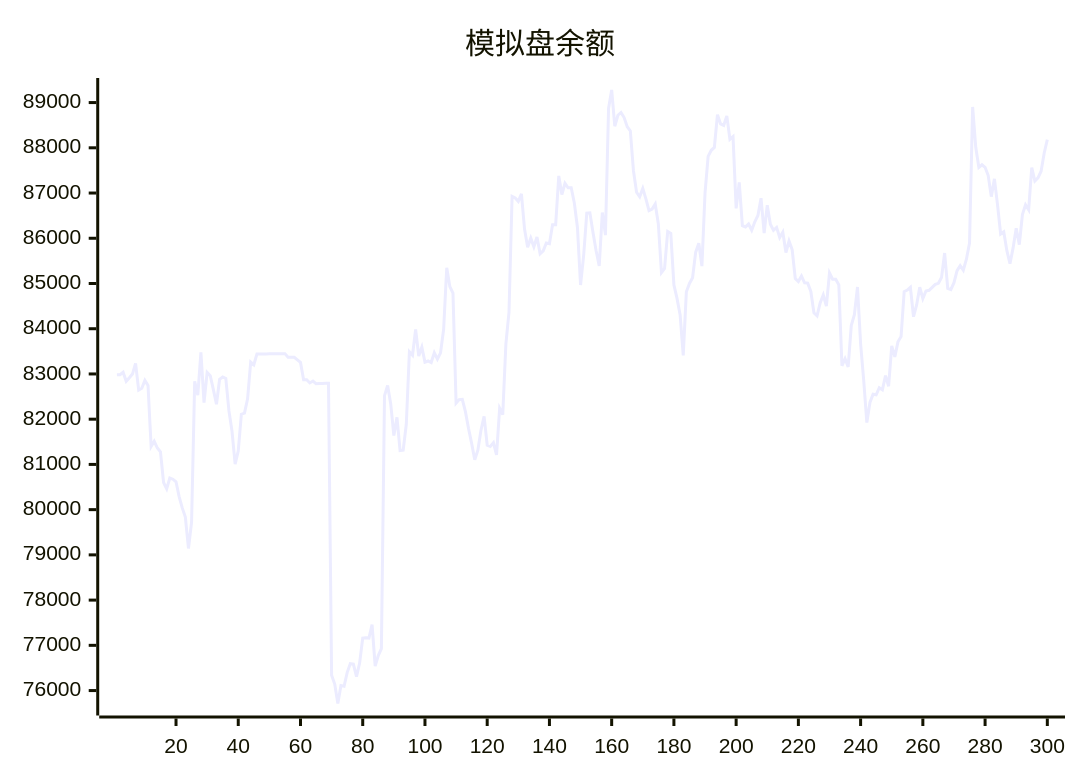
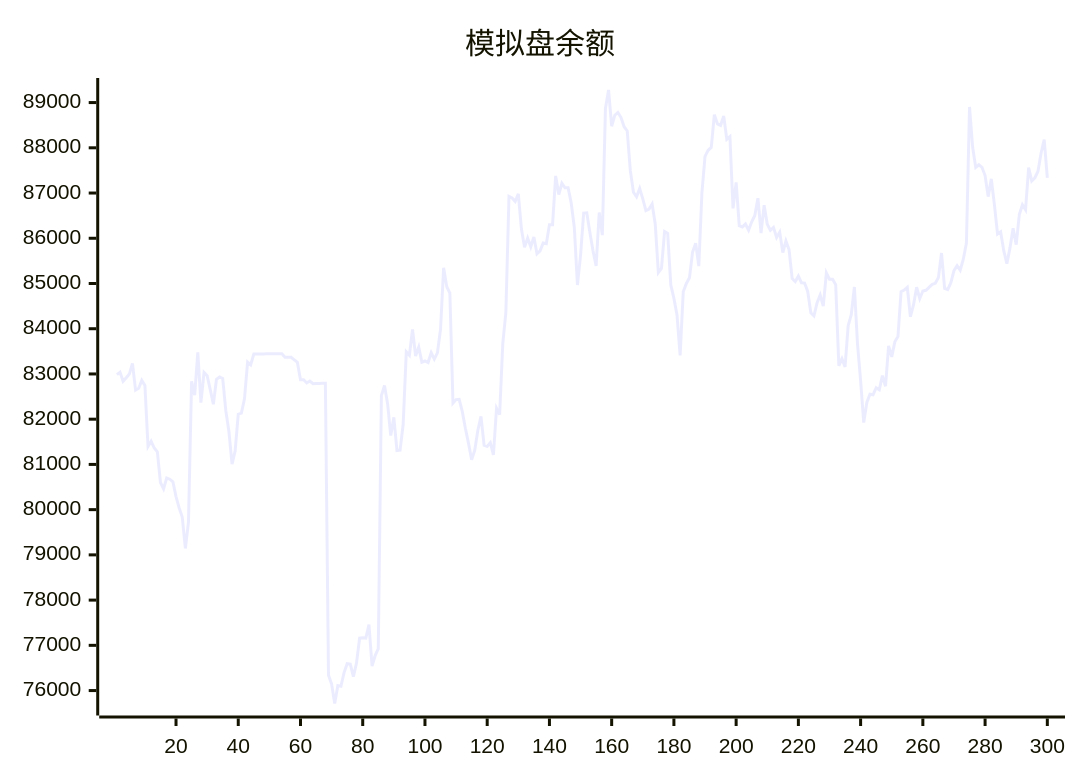
One commit to aahl/ai-trading changed the diagram in README.md. Above: the diagram before and after it, drawn with Mermaid. The commit also changed other lines of this file and 1 other file, not shown here.

````diff
--- a/README.md
+++ b/README.md
@@ -5,5 +5,5 @@
 ```mermaid
 xychart
     title "模拟盘余额"
-    line [82983,82984,83038,82838,82915,82998,83235,82642,82682,82858,82746,81396,81512,81362,81277,80600,80461,80699,80673,80616,80288,80038,79836,79142,79722,82837,82533,83480,82366,83032,82960,82654,82330,82883,82934,82901,82188,81728,81005,81298,82110,82135,82449,83264,83203,83440,83439,83440,83440,83446,83447,83448,83447,83448,83449,83369,83369,83369,83313,83256,82872,82873,82801,82844,82785,82791,82791,82793,82794,76339,76145,75714,76110,76096,76397,76594,76585,76310,76607,77160,77170,77160,77456,76541,76774,76927,82520,82744,82337,81639,82040,81307,81314,81887,83490,83414,83984,83396,83594,83261,83287,83253,83470,83327,83465,83987,85348,84930,84786,82355,82433,82438,82167,81795,81466,81105,81315,81756,82064,81426,81398,81481,81210,82242,82099,83658,84359,86925,86892,86814,86980,86203,85802,86003,85811,86028,85657,85721,85896,85880,86300,86299,87378,86965,87214,87115,87118,86780,86238,84966,85623,86555,86562,86129,85722,85387,86569,86070,88870,89278,88477,88720,88781,88668,88467,88372,87493,87018,86917,87102,86870,86613,86644,86758,86317,85242,85334,86149,86106,84968,84671,84302,83410,84816,85001,85127,85693,85891,85384,87001,87811,87945,88007,88734,88528,88495,88705,88189,88248,86662,87234,86279,86251,86314,86177,86364,86503,86886,86114,86731,86310,86176,86240,86017,86136,85685,85938,85749,85111,85044,85164,85016,85008,84824,84354,84287,84572,84745,84500,85234,85096,85095,84970,83180,83338,83157,84070,84309,84922,83667,82850,81924,82369,82552,82539,82695,82648,82962,82728,83619,83378,83710,83825,84819,84854,84917,84265,84527,84919,84668,84834,84850,84916,84981,85004,85131,85674,84891,84864,85019,85284,85393,85294,85538,85894,88904,88012,87567,87625,87568,87386,86920,87313,86737,86094,86143,85725,85437,85787,86219,85859,86526,86740,86630,87563,87264,87335,87483,87886,88180]
+    line [82984,83038,82838,82915,82998,83235,82642,82682,82858,82746,81396,81512,81362,81277,80600,80461,80699,80673,80616,80288,80038,79836,79142,79722,82837,82533,83480,82366,83032,82960,82654,82330,82883,82934,82901,82188,81728,81005,81298,82110,82135,82449,83264,83203,83440,83439,83440,83440,83446,83447,83448,83447,83448,83449,83369,83369,83369,83313,83256,82872,82873,82801,82844,82785,82791,82791,82793,82794,76339,76145,75714,76110,76096,76397,76594,76585,76310,76607,77160,77170,77160,77456,76541,76774,76927,82520,82744,82337,81639,82040,81307,81314,81887,83490,83414,83984,83396,83594,83261,83287,83253,83470,83327,83465,83987,85348,84930,84786,82355,82433,82438,82167,81795,81466,81105,81315,81756,82064,81426,81398,81481,81210,82242,82099,83658,84359,86925,86892,86814,86980,86203,85802,86003,85811,86028,85657,85721,85896,85880,86300,86299,87378,86965,87214,87115,87118,86780,86238,84966,85623,86555,86562,86129,85722,85387,86569,86070,88870,89278,88477,88720,88781,88668,88467,88372,87493,87018,86917,87102,86870,86613,86644,86758,86317,85242,85334,86149,86106,84968,84671,84302,83410,84816,85001,85127,85693,85891,85384,87001,87811,87945,88007,88734,88528,88495,88705,88189,88248,86662,87234,86279,86251,86314,86177,86364,86503,86886,86114,86731,86310,86176,86240,86017,86136,85685,85938,85749,85111,85044,85164,85016,85008,84824,84354,84287,84572,84745,84500,85234,85096,85095,84970,83180,83338,83157,84070,84309,84922,83667,82850,81924,82369,82552,82539,82695,82648,82962,82728,83619,83378,83710,83825,84819,84854,84917,84265,84527,84919,84668,84834,84850,84916,84981,85004,85131,85674,84891,84864,85019,85284,85393,85294,85538,85894,88904,88012,87567,87625,87568,87386,86920,87313,86737,86094,86143,85725,85437,85787,86219,85859,86526,86740,86630,87563,87264,87335,87483,87886,88180,87335]
 ```
````
